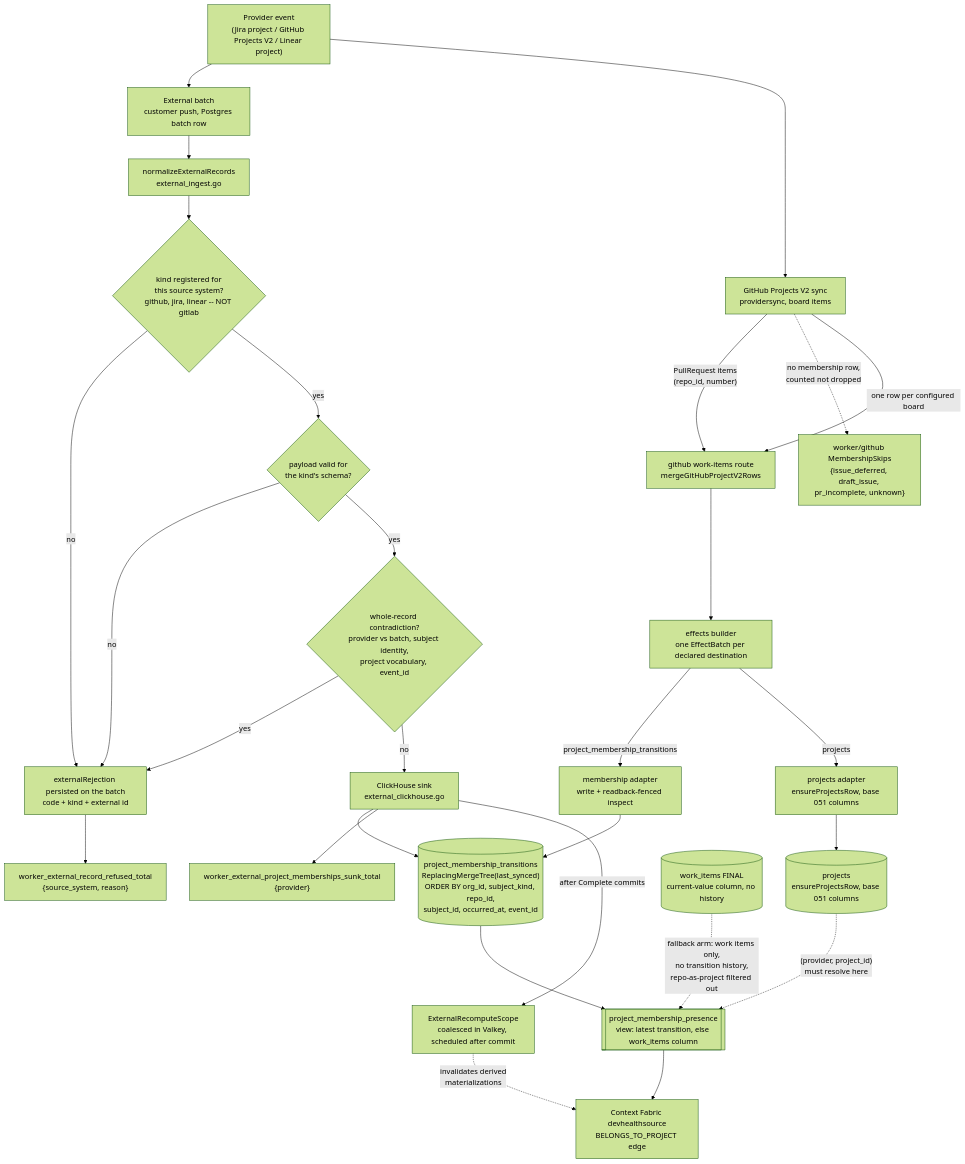
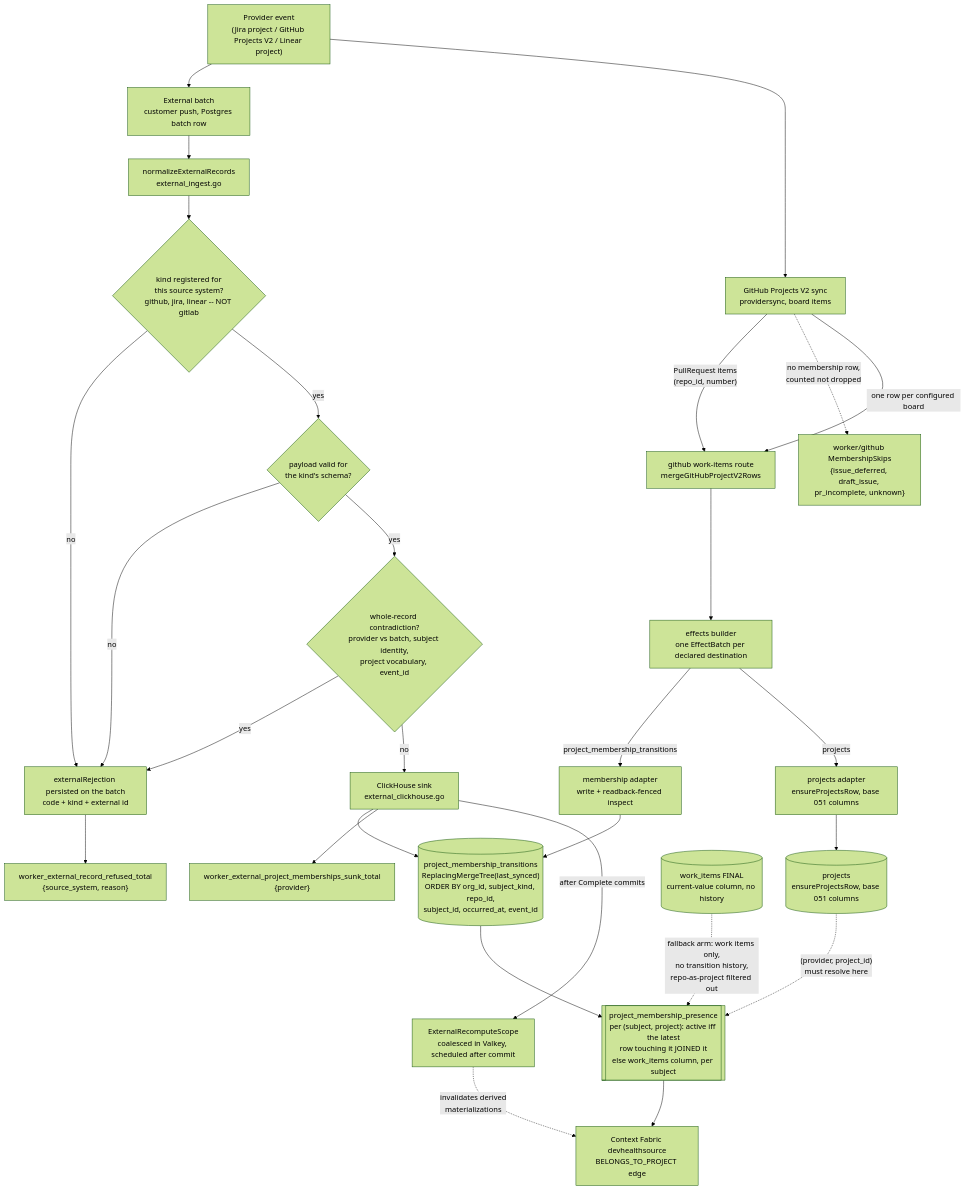
One commit to full-chaos/dev-health-ops changed the first of 2 diagrams in docs/contribute/architecture/data-and-storage.md. Above: the diagram before and after it, drawn with Mermaid (forest theme). The commit also changed other lines of this file, not shown here.

First line of the commit message:
Redraw presence as a per-membership answer, not a per-subject one

````diff
--- a/docs/contribute/architecture/data-and-storage.md
+++ b/docs/contribute/architecture/data-and-storage.md
@@ -102,52 +102,52 @@
 ```mermaid
 flowchart TD
     P["Provider event<br/>(Jira project / GitHub Projects V2 / Linear project)"]
     G["GitHub Projects V2 sync<br/>providersync, board items"]
     RE["github work-items route<br/>mergeGitHubProjectV2Rows"]
     EB["effects builder<br/>one EffectBatch per declared destination"]
     AD["membership adapter<br/>write + readback-fenced inspect"]
     AC["projects adapter<br/>ensureProjectsRow, base 051 columns"]
     GS["worker/github MembershipSkips<br/>{issue_deferred, draft_issue, pr_incomplete, unknown}"]
     PJ[("projects<br/>ensureProjectsRow, base 051 columns")]
     B["External batch<br/>customer push, Postgres batch row"]
     N["normalizeExternalRecords<br/>external_ingest.go"]
     K{"kind registered for<br/>this source system?<br/>github, jira, linear -- NOT gitlab"}
     V{"payload valid for<br/>the kind's schema?"}
     C{"whole-record contradiction?<br/>provider vs batch, subject identity,<br/>project vocabulary, event_id"}
     R["externalRejection persisted on the batch<br/>code + kind + external id"]
     M["worker_external_record_refused_total<br/>{source_system, reason}"]
     S["ClickHouse sink<br/>external_clickhouse.go"]
     T[("project_membership_transitions<br/>ReplacingMergeTree(last_synced)<br/>ORDER BY org_id, subject_kind, repo_id,<br/>subject_id, occurred_at, event_id")]
     MS["worker_external_project_memberships_sunk_total<br/>{provider}"]
-    PR[["project_membership_presence<br/>view: latest transition, else work_items column"]]
+    PR[["project_membership_presence<br/>per (subject, project): active iff the latest<br/>row touching it JOINED it<br/>else work_items column, per subject"]]
     W[("work_items FINAL<br/>current-value column, no history")]
     CF["Context Fabric devhealthsource<br/>BELONGS_TO_PROJECT edge"]
     RC["ExternalRecomputeScope<br/>coalesced in Valkey, scheduled after commit"]
 
     P --> B --> N
     P --> G
     G -- "PullRequest items<br/>(repo_id, number)" --> RE
     G -. "no membership row,<br/>counted not dropped" .-> GS
     G -- "one row per configured board" --> RE
     RE --> EB
     EB -- "project_membership_transitions" --> AD
     EB -- "projects" --> AC
     AD --> T
     AC --> PJ
     N --> K
     K -- "no" --> R
     K -- "yes" --> V
     V -- "no" --> R
     V -- "yes" --> C
     C -- "yes" --> R
     C -- "no" --> S
     R --> M
     S --> T
     S --> MS
     T --> PR
     W -. "fallback arm: work items only,<br/>no transition history,<br/>repo-as-project filtered out" .-> PR
     PJ -. "(provider, project_id)<br/>must resolve here" .-> PR
     PR --> CF
     S -- "after Complete commits" --> RC
     RC -. "invalidates derived<br/>materializations" .-> CF
 ```
````
